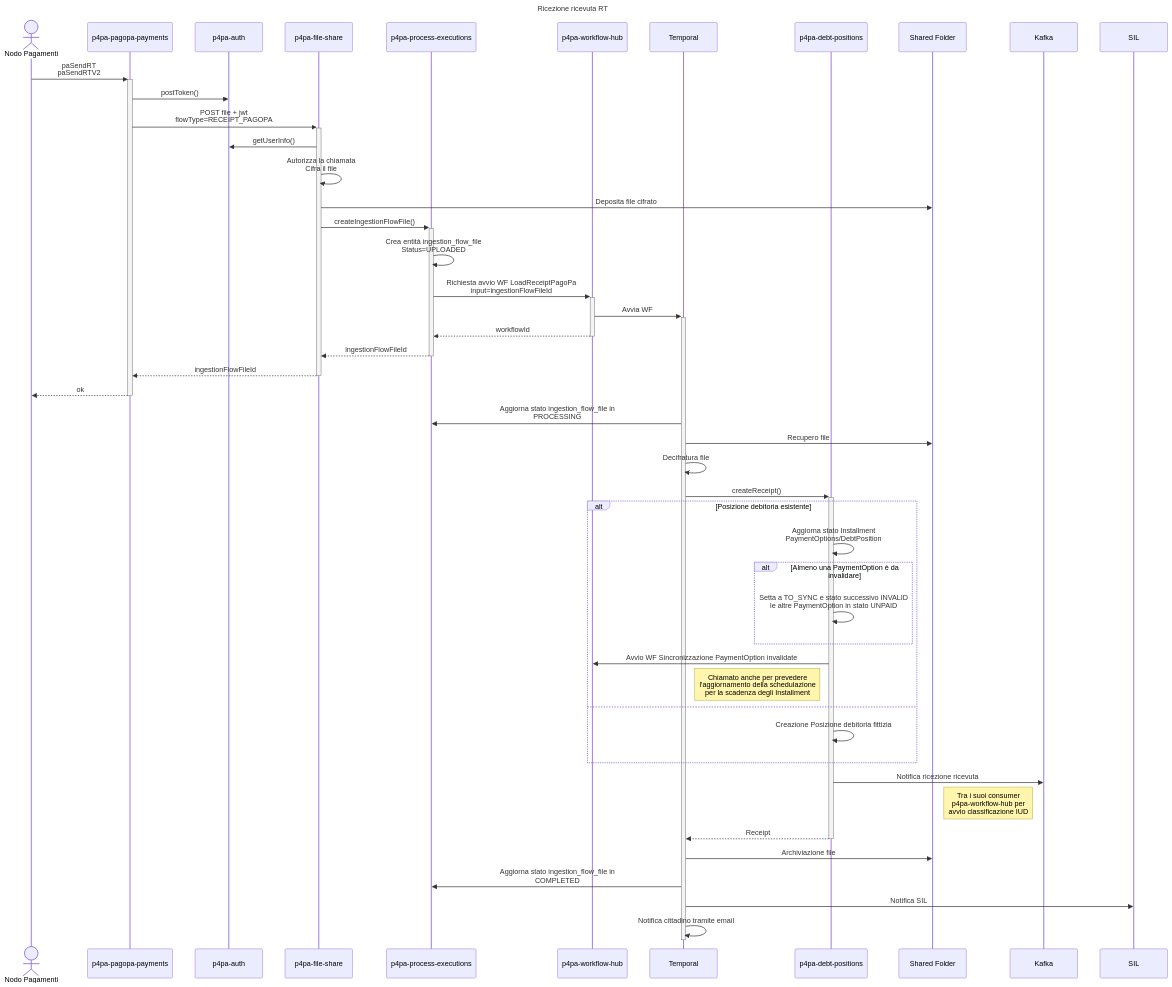
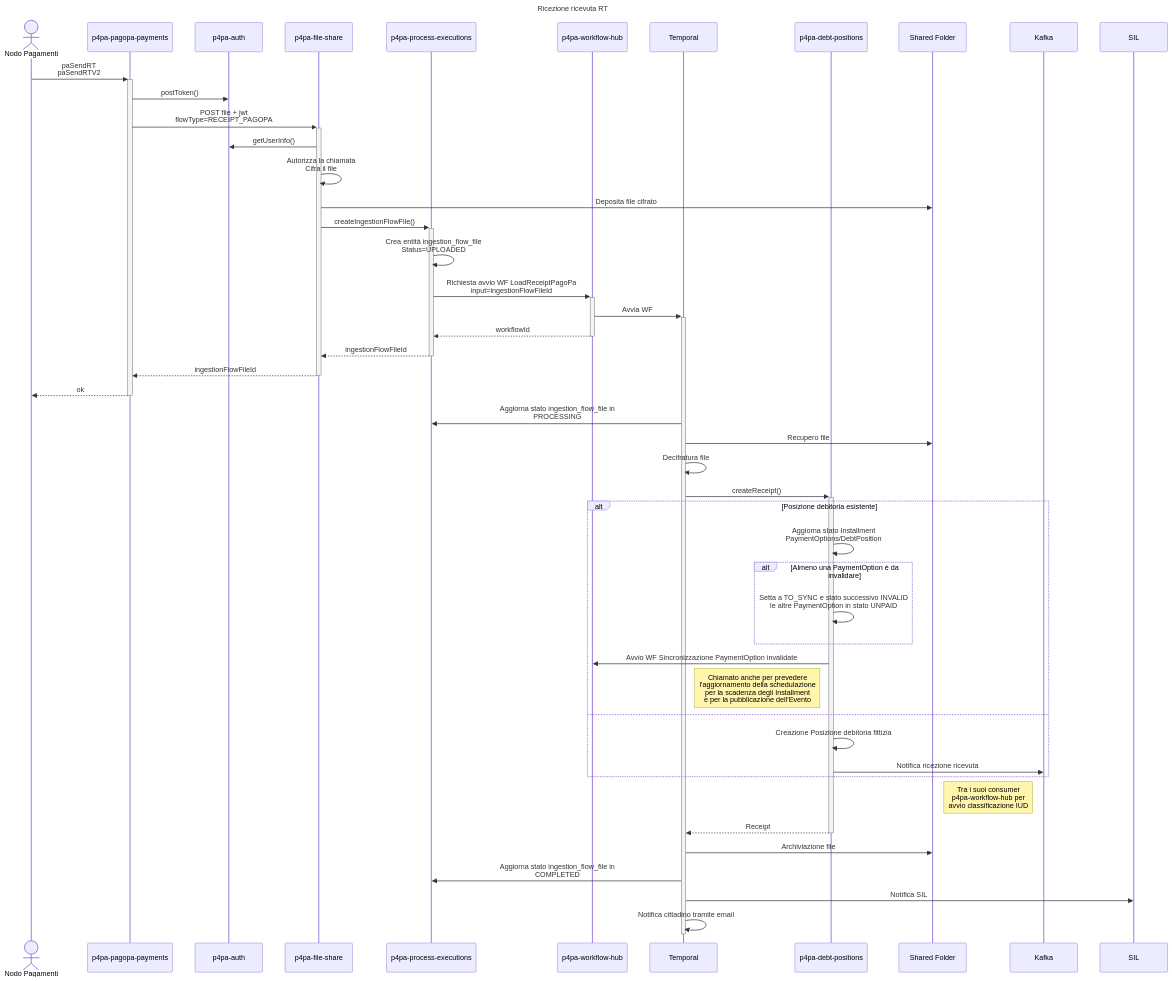
One commit to pagopa/p4pa-doc changed the diagram in design/workflow/ricevuteRT/seq_paSendRT.mmd. Above: the diagram before and after it, drawn with Mermaid. The commit also changed 1 other file, not shown here.

Commit message:
fix: RT received sequence

```diff
--- a/design/workflow/ricevuteRT/seq_paSendRT.mmd
+++ b/design/workflow/ricevuteRT/seq_paSendRT.mmd
@@ -1,54 +1,54 @@
 ---
 title: Ricezione ricevuta RT
 ---
 sequenceDiagram
     actor PAGOPA as Nodo Pagamenti
     participant MS_PAGOPA_PAY as p4pa-pagopa-payments
     participant MS_AUTH as p4pa-auth
     participant MS_FILESHARE as p4pa-file-share
     participant MS_PROCESS_EXECUTIONS as p4pa-process-executions
     participant MS_WF as p4pa-workflow-hub
     participant WF as Temporal
     participant MS_DP as p4pa-debt-positions
     participant SHARED as Shared Folder
     participant KAFKA as Kafka
     participant SIL
 
     PAGOPA ->>+ MS_PAGOPA_PAY: paSendRT<BR />paSendRTV2
         MS_PAGOPA_PAY ->> MS_AUTH: postToken()
         MS_PAGOPA_PAY ->>+ MS_FILESHARE: POST file + jwt<BR />flowType=RECEIPT_PAGOPA
             MS_FILESHARE ->> MS_AUTH: getUserInfo()
             MS_FILESHARE ->> MS_FILESHARE: Autorizza la chiamata<BR />Cifra il file
             MS_FILESHARE ->> SHARED: Deposita file cifrato
             MS_FILESHARE ->>+ MS_PROCESS_EXECUTIONS: createIngestionFlowFile()
                 MS_PROCESS_EXECUTIONS ->> MS_PROCESS_EXECUTIONS: Crea entità ingestion_flow_file<BR />Status=UPLOADED
                 MS_PROCESS_EXECUTIONS ->>+ MS_WF: Richiesta avvio WF LoadReceiptPagoPa<BR />input=ingestionFlowFileId
                     MS_WF ->>+ WF: Avvia WF
                     MS_WF -->>- MS_PROCESS_EXECUTIONS: workflowId
                 MS_PROCESS_EXECUTIONS -->>- MS_FILESHARE: ingestionFlowFileId
             MS_FILESHARE -->>- MS_PAGOPA_PAY: ingestionFlowFileId
         MS_PAGOPA_PAY -->>- PAGOPA: ok
 
     WF ->> MS_PROCESS_EXECUTIONS: Aggiorna stato ingestion_flow_file in<BR />PROCESSING
     WF ->> SHARED: Recupero file
     WF ->> WF: Decifratura file
     WF ->>+ MS_DP: createReceipt()
         alt Posizione debitoria esistente
             MS_DP ->> MS_DP: Aggiorna stato Installment<BR />PaymentOptions/DebtPosition
             alt Almeno una PaymentOption è da invalidare
                 MS_DP ->> MS_DP: Setta a TO_SYNC e stato successivo INVALID<BR />le altre PaymentOption in stato UNPAID
             end
             MS_DP ->> MS_WF: Avvio WF Sincronizzazione PaymentOption invalidate
-            note left of MS_DP: Chiamato anche per prevedere<BR />l'aggiornamento della schedulazione<BR />per la scadenza degli Installment
+            note left of MS_DP: Chiamato anche per prevedere<BR />l'aggiornamento della schedulazione<BR />per la scadenza degli Installment<BR/>e per la pubblicazione dell'Evento
         else
             MS_DP ->> MS_DP: Creazione Posizione debitoria fittizia
+            MS_DP ->> KAFKA: Notifica ricezione ricevuta
         end
-        MS_DP ->> KAFKA: Notifica ricezione ricevuta
         note left of KAFKA: Tra i suoi consumer<BR />p4pa-workflow-hub per<BR/>avvio classificazione IUD
         MS_DP -->>- WF: Receipt
     WF ->> SHARED: Archiviazione file
     WF ->> MS_PROCESS_EXECUTIONS: Aggiorna stato ingestion_flow_file in<BR />COMPLETED
     WF ->> SIL: Notifica SIL
     WF ->> WF: Notifica cittadino tramite email
 
     deactivate WF
```
